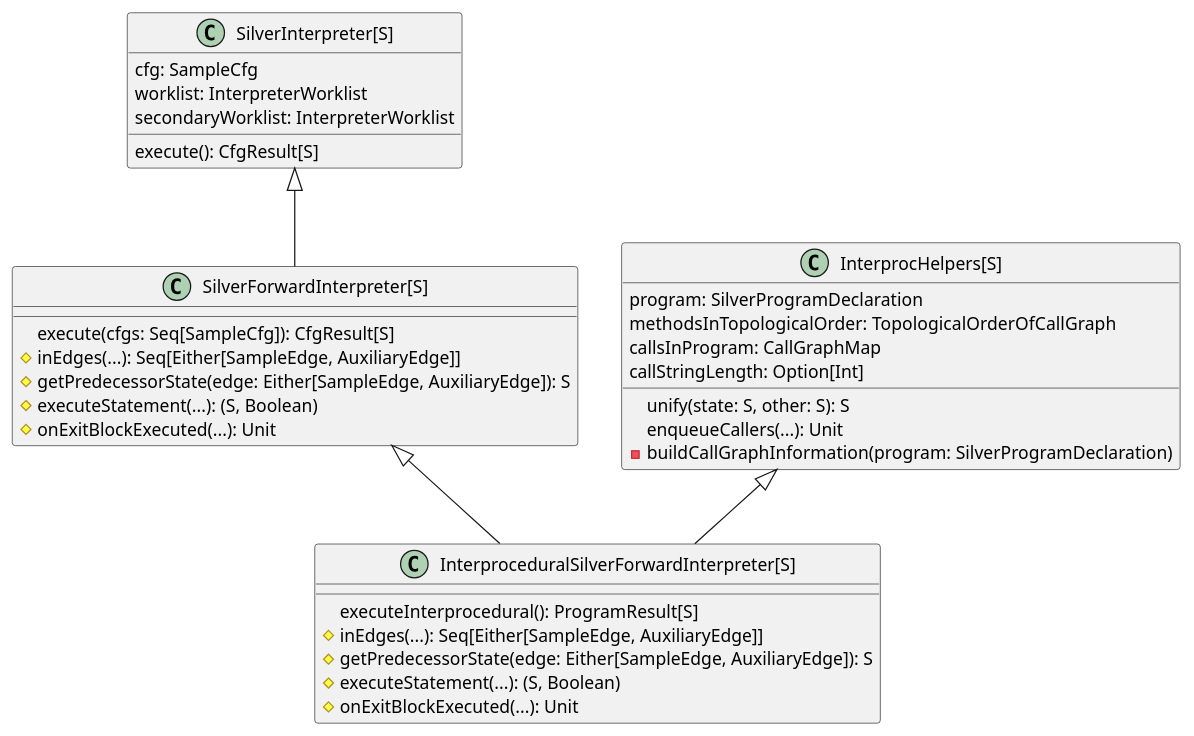
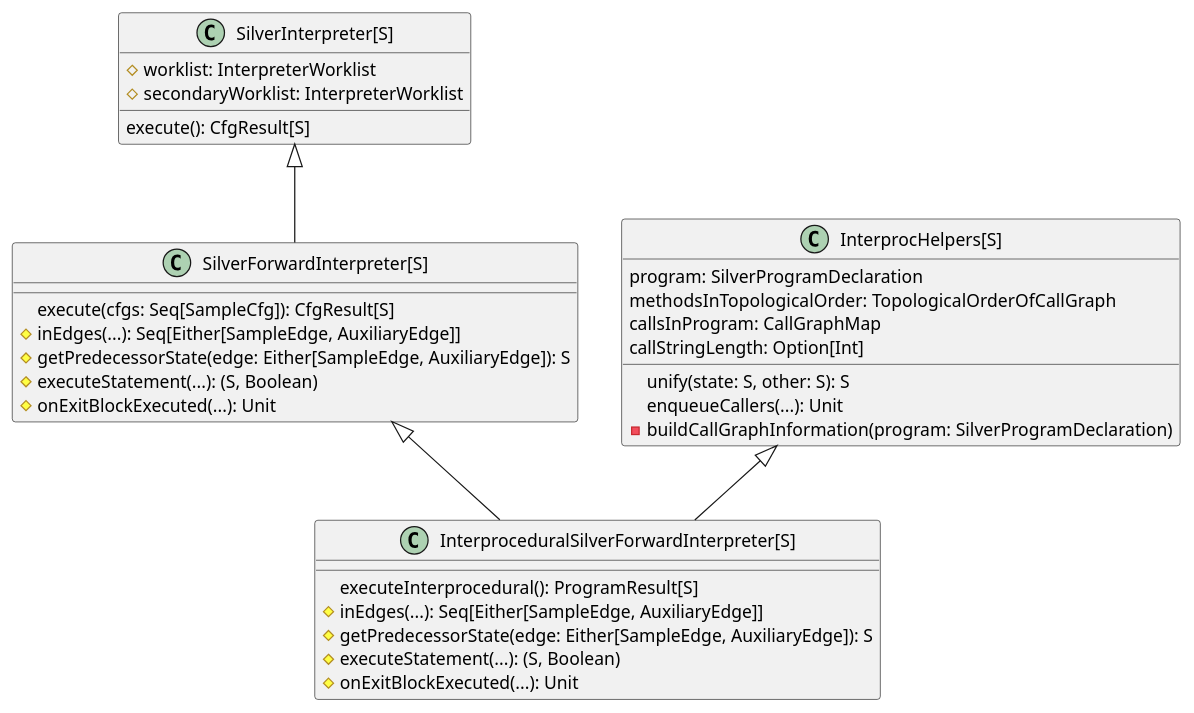
Before and after one commit to viperproject/sample: the diagram in Diagrams/Interpreters.pu, drawn with PlantUML.

Commit message:
diagrams

```diff
--- a/Diagrams/Interpreters.pu
+++ b/Diagrams/Interpreters.pu
@@ -1,35 +1,34 @@
 @startuml
 
 "SilverInterpreter[S]" <|-- "SilverForwardInterpreter[S]"
 
-"SilverInterpreter[S]" : cfg: SampleCfg
-"SilverInterpreter[S]" : worklist: InterpreterWorklist
-"SilverInterpreter[S]" : secondaryWorklist: InterpreterWorklist
+"SilverInterpreter[S]" : #worklist: InterpreterWorklist
+"SilverInterpreter[S]" : #secondaryWorklist: InterpreterWorklist
 "SilverInterpreter[S]" : execute(): CfgResult[S]
 
 "SilverForwardInterpreter[S]" <|-- "InterproceduralSilverForwardInterpreter[S]"
 "SilverForwardInterpreter[S]" : execute(cfgs: Seq[SampleCfg]): CfgResult[S]
 "SilverForwardInterpreter[S]" : #inEdges(...): Seq[Either[SampleEdge, AuxiliaryEdge]]
 "SilverForwardInterpreter[S]" : #getPredecessorState(edge: Either[SampleEdge, AuxiliaryEdge]): S
 "SilverForwardInterpreter[S]" : #executeStatement(...): (S, Boolean)
 "SilverForwardInterpreter[S]" : #onExitBlockExecuted(...): Unit
 
 
 
 "InterprocHelpers[S]" <|-- "InterproceduralSilverForwardInterpreter[S]"
 
 "InterprocHelpers[S]" : program: SilverProgramDeclaration
 "InterprocHelpers[S]" : methodsInTopologicalOrder: TopologicalOrderOfCallGraph
 "InterprocHelpers[S]" : callsInProgram: CallGraphMap
 "InterprocHelpers[S]" : callStringLength: Option[Int]
 "InterprocHelpers[S]" : unify(state: S, other: S): S
 "InterprocHelpers[S]" : enqueueCallers(...): Unit
 "InterprocHelpers[S]" : -buildCallGraphInformation(program: SilverProgramDeclaration)
 
 "InterproceduralSilverForwardInterpreter[S]" : executeInterprocedural(): ProgramResult[S]
 "InterproceduralSilverForwardInterpreter[S]" : #inEdges(...): Seq[Either[SampleEdge, AuxiliaryEdge]]
 "InterproceduralSilverForwardInterpreter[S]" : #getPredecessorState(edge: Either[SampleEdge, AuxiliaryEdge]): S
 "InterproceduralSilverForwardInterpreter[S]" : #executeStatement(...): (S, Boolean)
 "InterproceduralSilverForwardInterpreter[S]" : #onExitBlockExecuted(...): Unit
 
 @enduml
```
